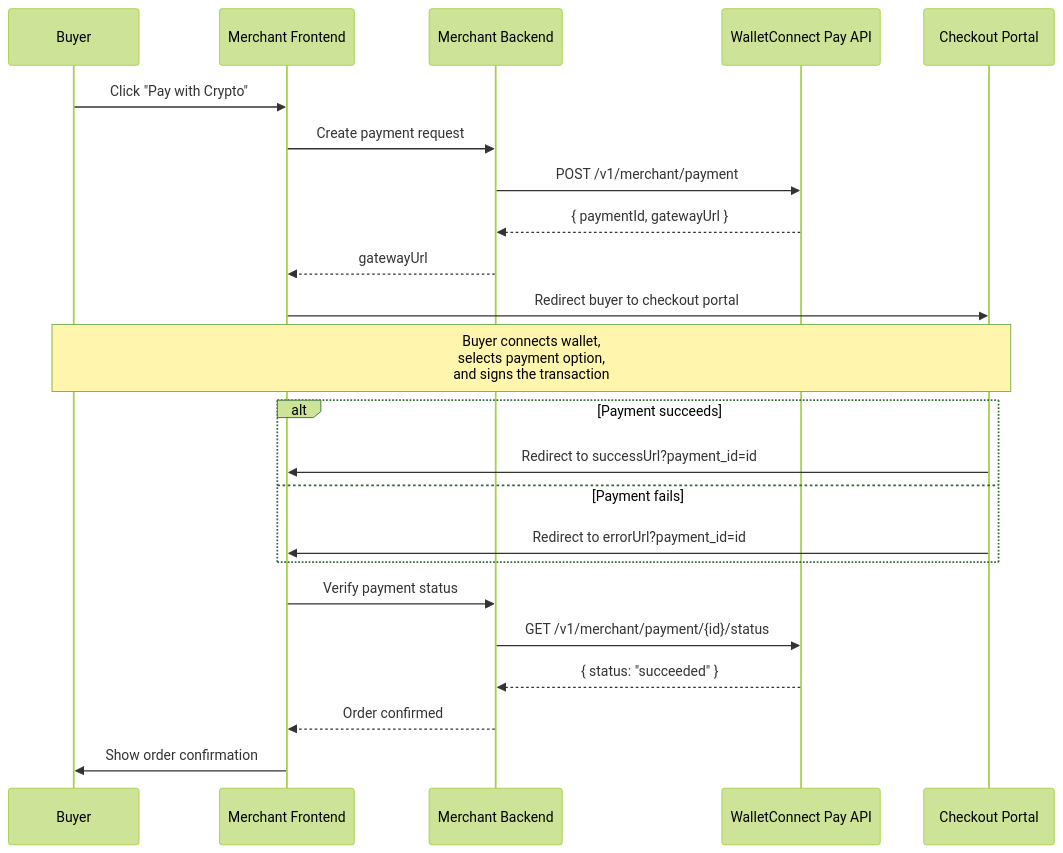
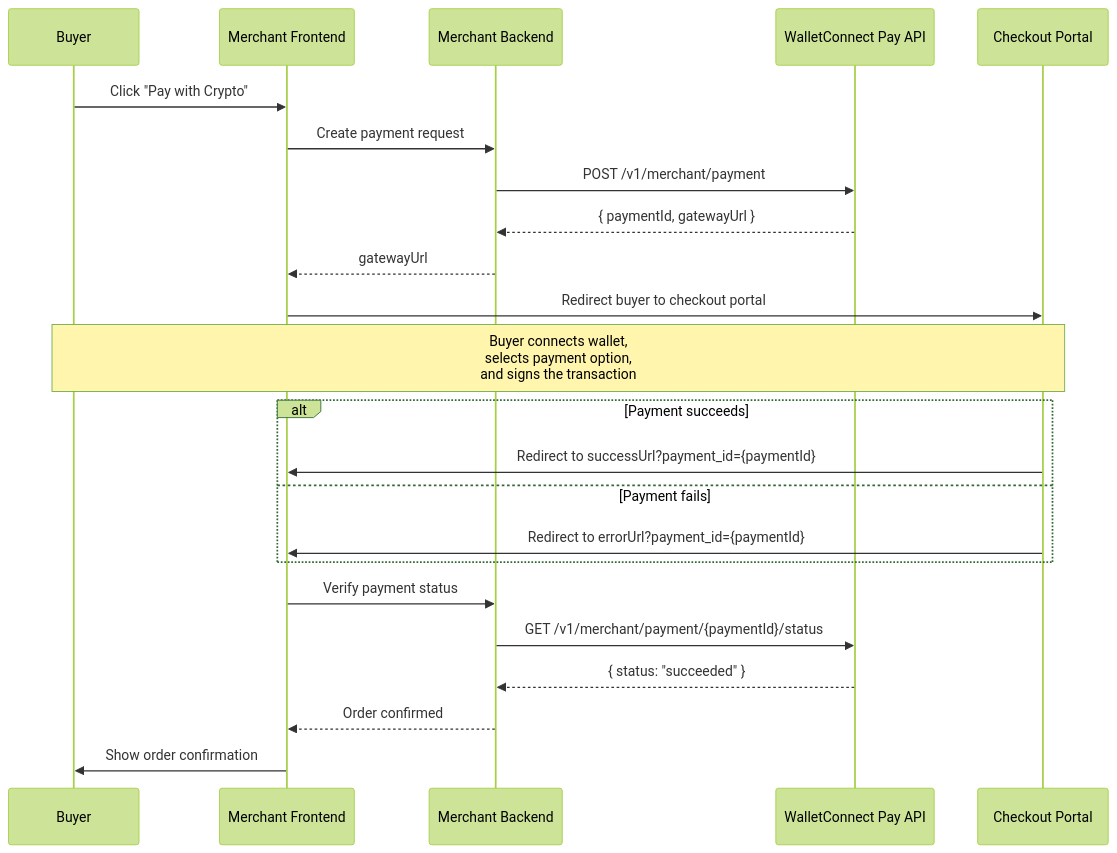
The diagram in payments/ecommerce/integration.mdx (WalletConnect/docs), drawn with Mermaid (forest theme) before and after one commit. The commit also changed other lines of this file and 1 other file, not shown here.

````diff
--- a/payments/ecommerce/integration.mdx
+++ b/payments/ecommerce/integration.mdx
@@ -22,29 +22,29 @@
 ```mermaid
 sequenceDiagram
     participant B as Buyer
     participant MF as Merchant Frontend
     participant MB as Merchant Backend
     participant API as WalletConnect Pay API
     participant BX as Checkout Portal
 
     B->>MF: Click "Pay with Crypto"
     MF->>MB: Create payment request
     MB->>API: POST /v1/merchant/payment
     API-->>MB: { paymentId, gatewayUrl }
     MB-->>MF: gatewayUrl
     MF->>BX: Redirect buyer to checkout portal
 
     Note over BX,B: Buyer connects wallet,<br>selects payment option,<br>and signs the transaction
 
     alt Payment succeeds
-        BX->>MF: Redirect to successUrl?payment_id=id
+        BX->>MF: Redirect to successUrl?payment_id={paymentId}
     else Payment fails
-        BX->>MF: Redirect to errorUrl?payment_id=id
+        BX->>MF: Redirect to errorUrl?payment_id={paymentId}
     end
 
     MF->>MB: Verify payment status
-    MB->>API: GET /v1/merchant/payment/{id}/status
+    MB->>API: GET /v1/merchant/payment/{paymentId}/status
     API-->>MB: { status: "succeeded" }
     MB-->>MF: Order confirmed
     MF->>B: Show order confirmation
 ```
````
